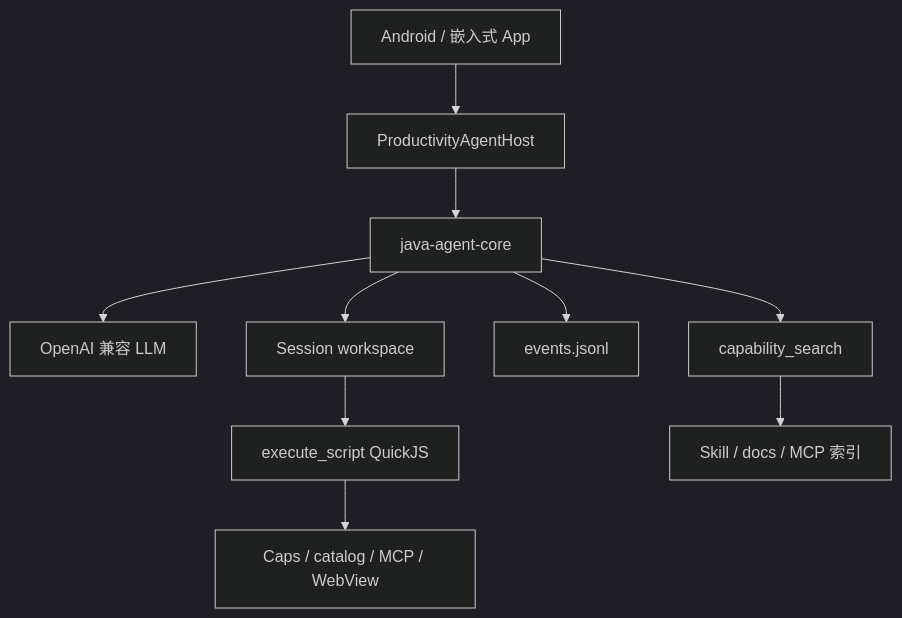
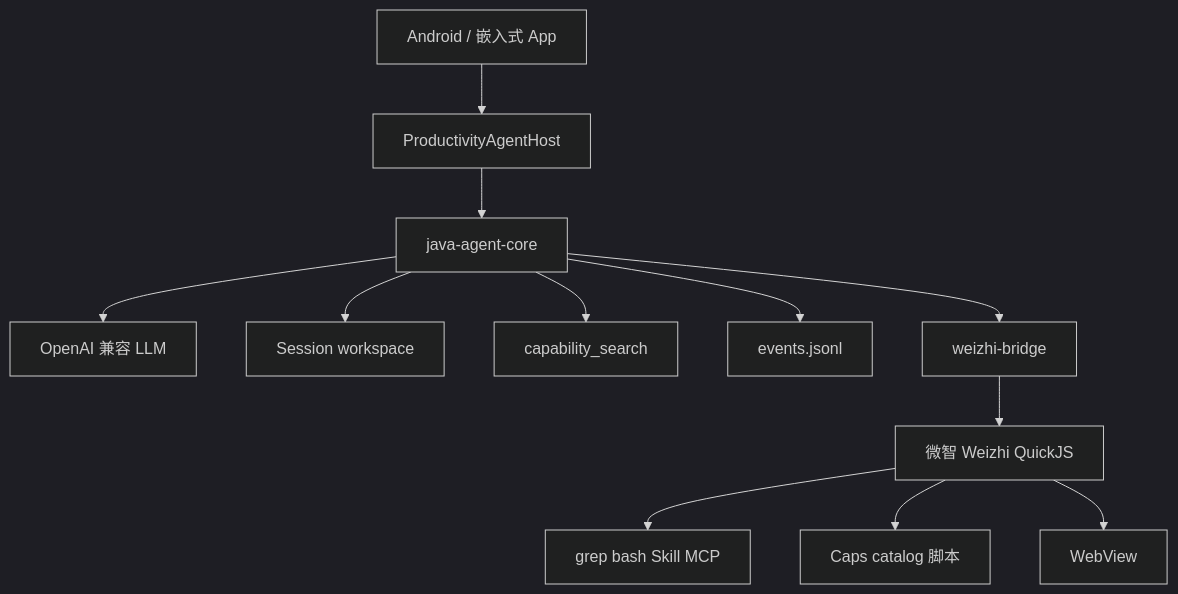
Before and after one commit to fengshihao/agent1: the diagram in README.md, drawn with Mermaid (dark theme). The commit also changed other lines of this file and 2 other files, not shown here.

Commit message:
docs: README 与 WEIZHI 集成说明介绍微智依赖

````diff
--- a/README.md
+++ b/README.md
@@ -158,13 +185,15 @@
 ```mermaid
 flowchart TB
   Host[Android / 嵌入式 App]
   Host --> Gateway[ProductivityAgentHost]
   Gateway --> Core[java-agent-core]
   Core --> LLM[OpenAI 兼容 LLM]
   Core --> WS[Session workspace]
-  WS --> JS[execute_script QuickJS]
-  JS --> Cap[Caps / catalog / MCP / WebView]
+  Core --> Search[capability_search]
   Core --> Audit[events.jsonl]
-  Core --> Search[capability_search]
-  Search --> Skill[Skill / docs / MCP 索引]
+  Core --> Bridge[weizhi-bridge]
+  Bridge --> WZ[微智 Weizhi QuickJS]
+  WZ --> Tools[grep bash Skill MCP]
+  WZ --> Cap[Caps catalog 脚本]
+  WZ --> WV[WebView]
 ```
````
